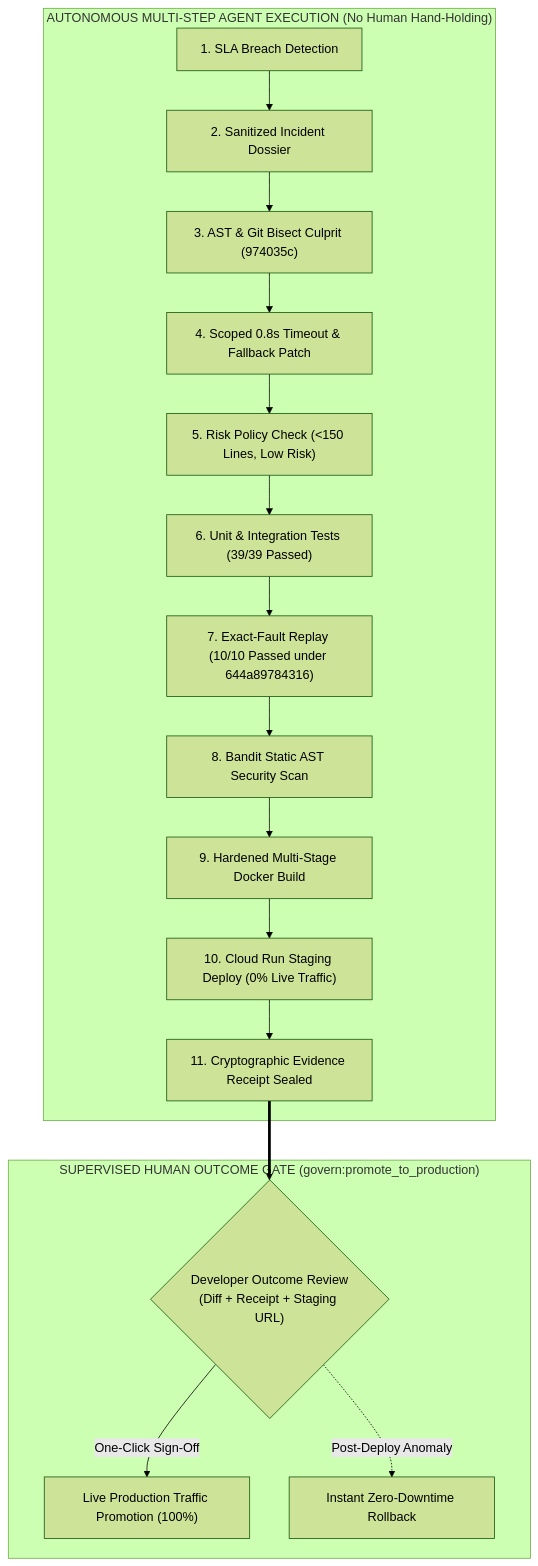
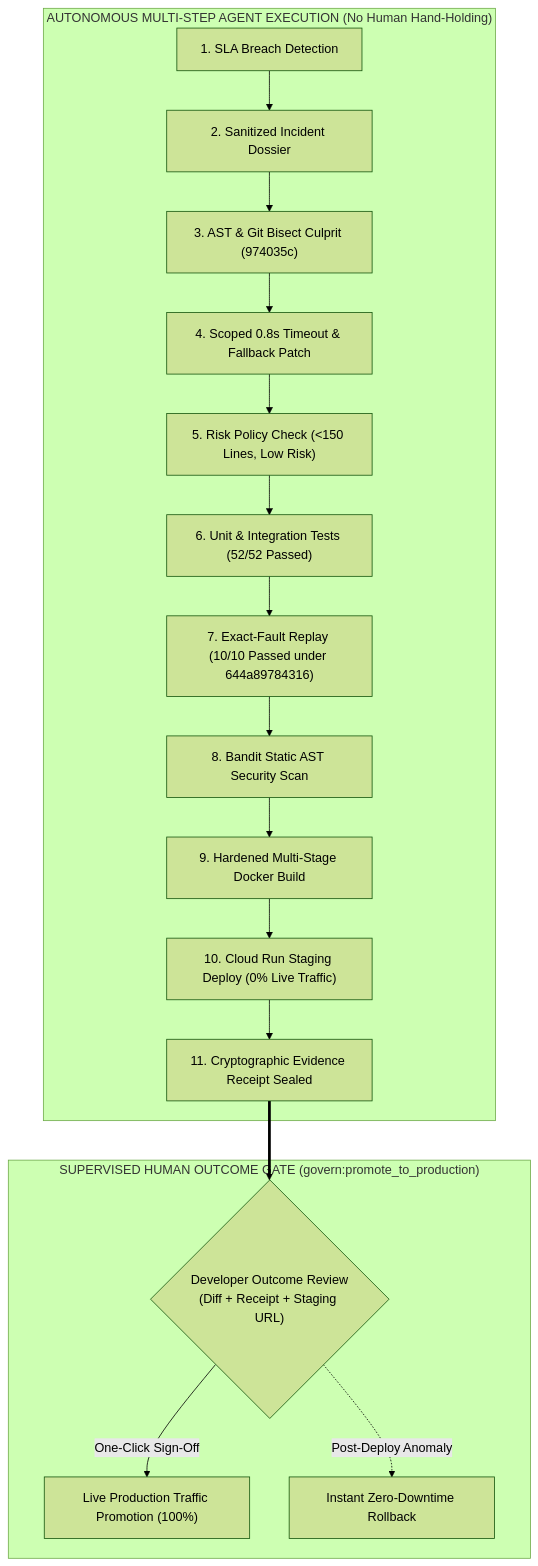
Before and after one commit to rajpriyanid-creator/faultforge: the first of 2 diagrams in README.md, drawn with Mermaid (forest theme). The commit also changed other lines of this file and 54 other files, not shown here.

````diff
--- a/README.md
+++ b/README.md
@@ -54,21 +54,21 @@
 ```mermaid
 flowchart TD
     subgraph AutonomousExecution["AUTONOMOUS MULTI-STEP AGENT EXECUTION (No Human Hand-Holding)"]
         G1["1. SLA Breach Detection"] --> G2["2. Sanitized Incident Dossier"]
         G2 --> G3["3. AST & Git Bisect Culprit (974035c)"]
         G3 --> G4["4. Scoped 0.8s Timeout & Fallback Patch"]
         G4 --> G5["5. Risk Policy Check (<150 Lines, Low Risk)"]
-        G5 --> G6["6. Unit & Integration Tests (39/39 Passed)"]
+        G5 --> G6["6. Unit & Integration Tests (52/52 Passed)"]
         G6 --> G7["7. Exact-Fault Replay (10/10 Passed under 644a89784316)"]
         G7 --> G8["8. Bandit Static AST Security Scan"]
         G8 --> G9["9. Hardened Multi-Stage Docker Build"]
         G9 --> G10["10. Cloud Run Staging Deploy (0% Live Traffic)"]
         G10 --> G11["11. Cryptographic Evidence Receipt Sealed"]
     end
 
     subgraph SupervisedGate["SUPERVISED HUMAN OUTCOME GATE (govern:promote_to_production)"]
         G11 ==> H{"Developer Outcome Review<br/>(Diff + Receipt + Staging URL)"}
         H -->|One-Click Sign-Off| P["Live Production Traffic Promotion (100%)"]
         H -.->|Post-Deploy Anomaly| R["Instant Zero-Downtime Rollback"]
     end
 ```
````
